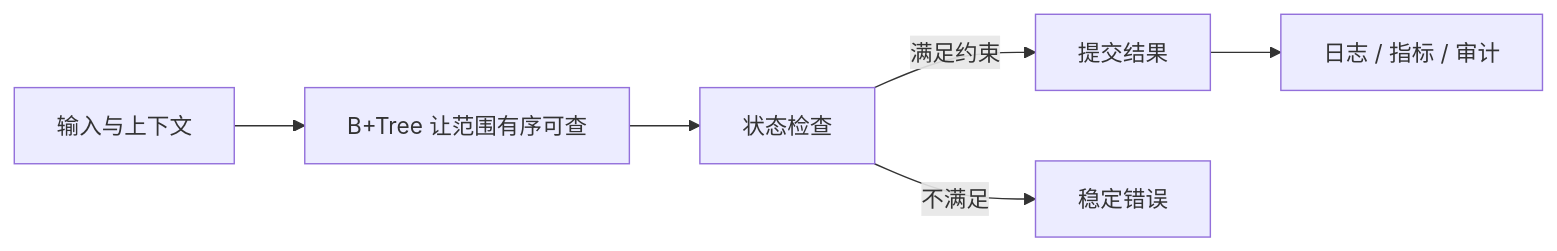
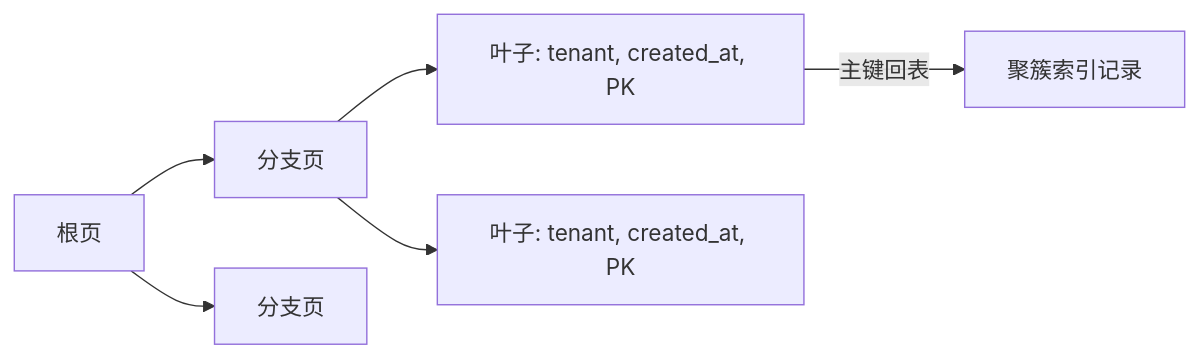
Before and after one commit to upJiang/jiang-blog-vitepress: the diagram in docs/backend/mysql-index-explain-slow-query.md, drawn with Mermaid. The commit also changed other lines of this file and 341 other files, not shown here.

````diff
--- a/docs/backend/mysql-index-explain-slow-query.md
+++ b/docs/backend/mysql-index-explain-slow-query.md
@@ -34,8 +36,8 @@
 ```mermaid
 flowchart LR
-  A[输入与上下文] --> B[B+Tree 让范围有序可查]
-  B --> C[状态检查]
-  C -->|满足约束| D[提交结果]
-  C -->|不满足| E[稳定错误]
-  D --> F[日志 / 指标 / 审计]
+  ROOT[根页] --> B1[分支页]
+  ROOT --> B2[分支页]
+  B1 --> L1[叶子: tenant, created_at, PK]
+  B1 --> L2[叶子: tenant, created_at, PK]
+  L1 -->|主键回表| DATA[聚簇索引记录]
 ```
````
